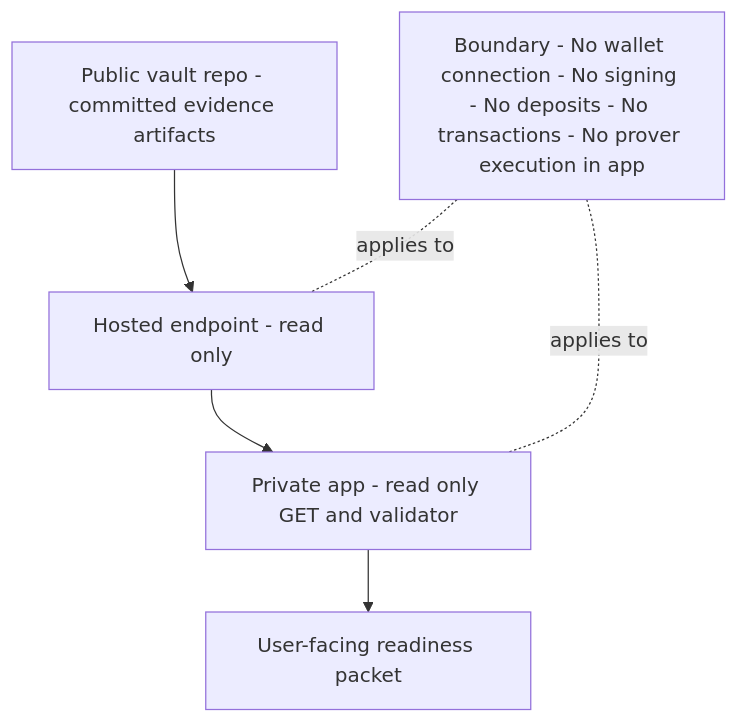
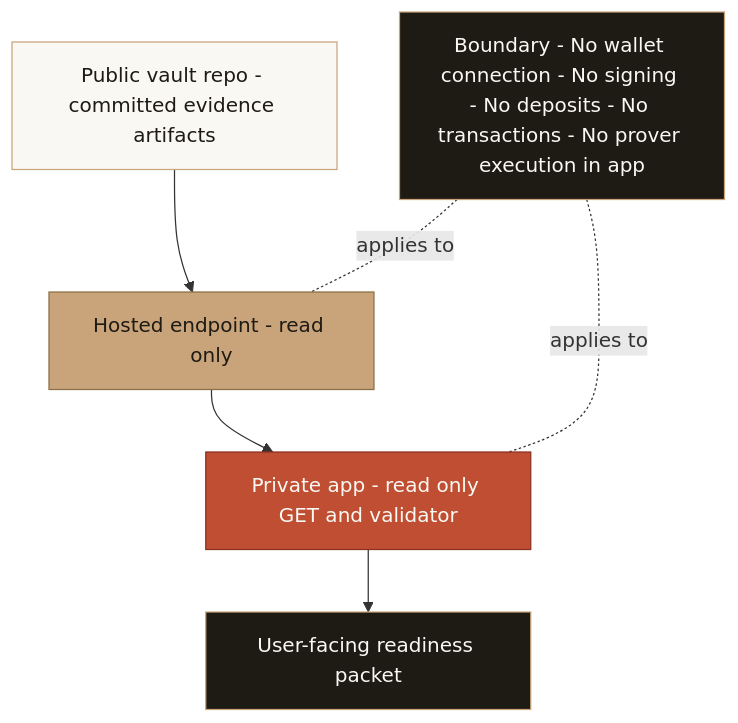
Before and after one commit to Wallet-Wall/walletwall-vault: the fifth of 5 diagrams in docs/Hosted_Evidence_Endpoint_Deployment_Plan.md, drawn with Mermaid. The commit also changed other lines of this file and 8 other files, not shown here.

Commit message:
docs: add WalletWall Mermaid colors (#136)

````diff
--- a/docs/Hosted_Evidence_Endpoint_Deployment_Plan.md
+++ b/docs/Hosted_Evidence_Endpoint_Deployment_Plan.md
@@ -346,9 +382,18 @@
 ```mermaid
 flowchart TD
   R["Public vault repo - committed evidence artifacts"] --> H["Hosted endpoint - read only"]
   H --> A["Private app - read only GET and validator"]
   A --> P["User-facing readiness packet"]
   N["Boundary - No wallet connection - No signing - No deposits - No transactions - No prover execution in app"]
   N -. applies to .- H
   N -. applies to .- A
+
+  classDef wwPrimary fill:#BF4E32,stroke:#8B3120,color:#FAF8F3,stroke-width:1px;
+  classDef wwSecondary fill:#C9A47A,stroke:#8B6F47,color:#1E1A14,stroke-width:1px;
+  classDef wwLight fill:#FAF8F3,stroke:#C9A47A,color:#1E1A14,stroke-width:1px;
+  classDef wwBoundary fill:#1E1A14,stroke:#C9A47A,color:#FAF8F3,stroke-width:1px;
+  class R wwLight;
+  class H wwSecondary;
+  class A wwPrimary;
+  class P,N wwBoundary;
 ```
````
